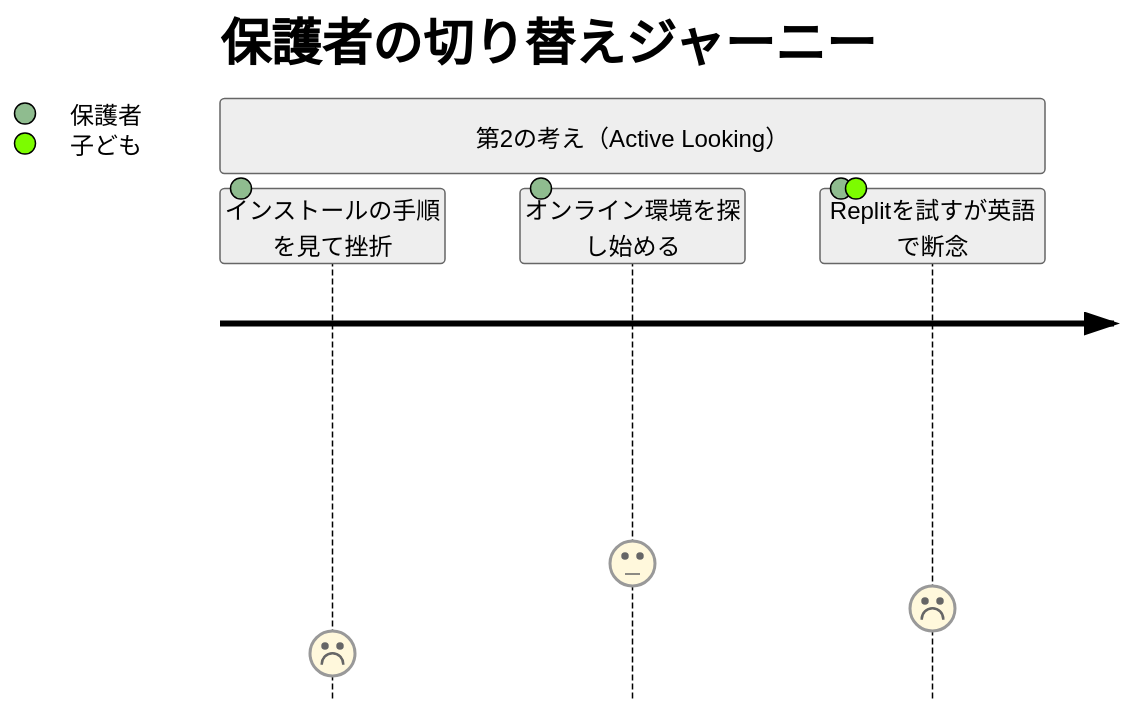
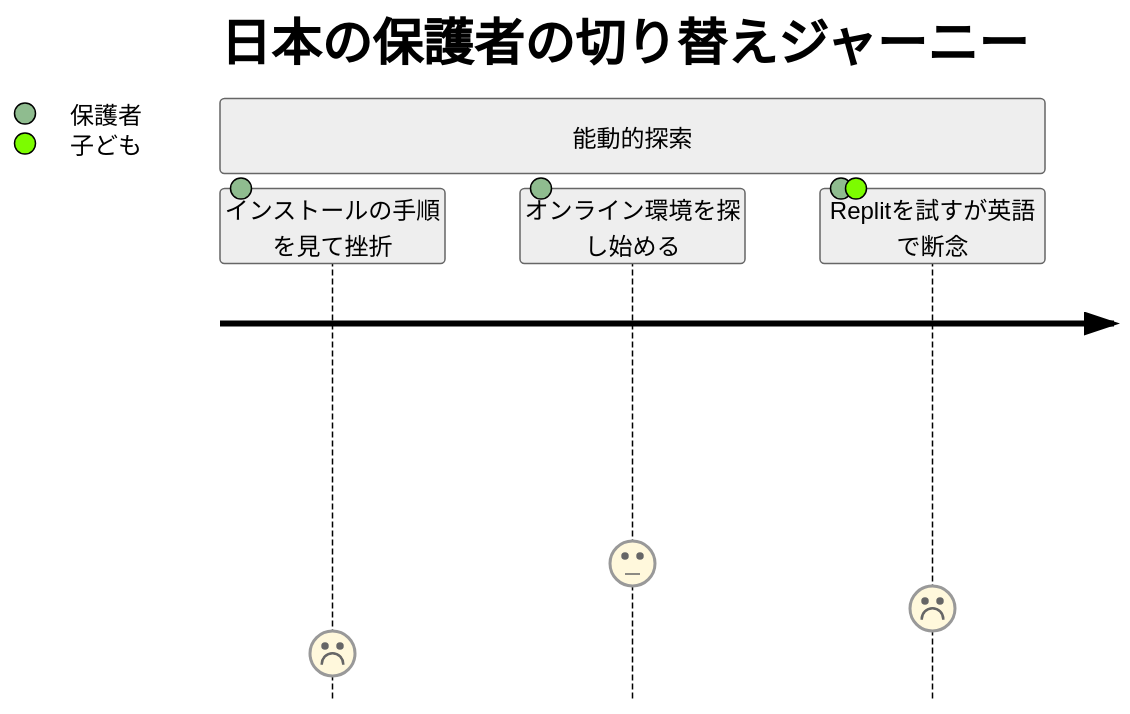
One commit to tatsuro-ueda/kids-python changed the eighth of 17 diagrams in docs/customer-problems.md. Above: the diagram before and after it, drawn with Mermaid (neutral theme). The commit also changed other lines of this file and 1 other file, not shown here.

````diff
--- a/docs/customer-problems.md
+++ b/docs/customer-problems.md
@@ -266,8 +289,8 @@
 ```mermaid
 journey
-    title 保護者の切り替えジャーニー
-    section 第2の考え（Active Looking）
+    title 日本の保護者の切り替えジャーニー
+    section 能動的探索
       インストールの手順を見て挫折: 1: 保護者
       オンライン環境を探し始める: 3: 保護者
       Replitを試すが英語で断念: 2: 保護者, 子ども
 ```
````
